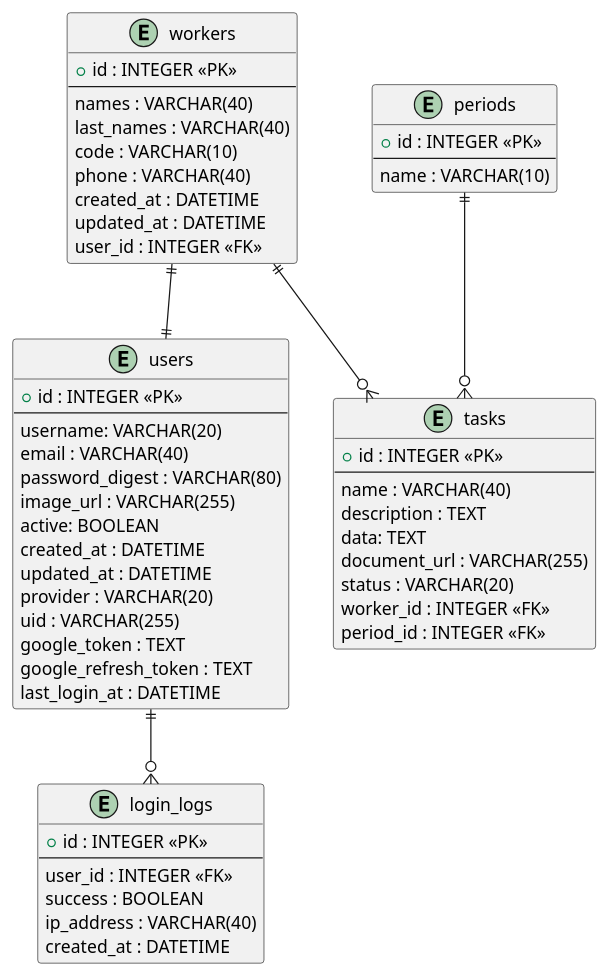
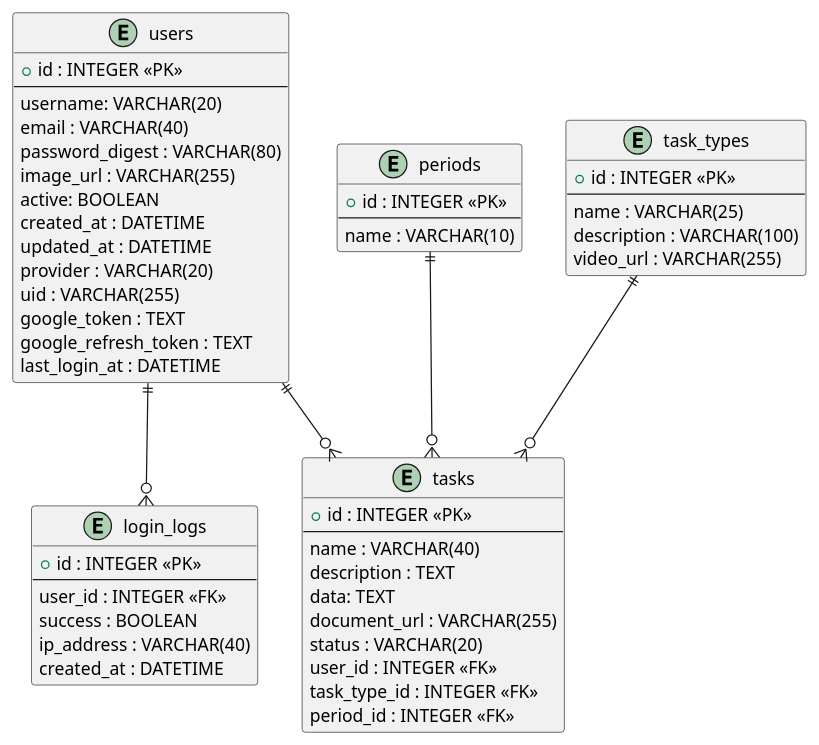
One commit to pepeul1191/abet-rails changed the diagram in docs/schema.puml. Above: the diagram before and after it, drawn with PlantUML. The commit also changed 12 other files, not shown here.

```diff
--- a/docs/schema.puml
+++ b/docs/schema.puml
@@ -1,63 +1,61 @@
 @startuml
 
 entity users {
   +id : INTEGER <<PK>>
   --
   username: VARCHAR(20)
   email : VARCHAR(40)
   password_digest : VARCHAR(80)
   image_url : VARCHAR(255)
   active: BOOLEAN
   created_at : DATETIME
   updated_at : DATETIME
   provider : VARCHAR(20)
   uid : VARCHAR(255)
   google_token : TEXT
   google_refresh_token : TEXT
   last_login_at : DATETIME
-}
-entity workers {
-  +id : INTEGER <<PK>>
-  --
-  names : VARCHAR(40)
-  last_names : VARCHAR(40)
-  code : VARCHAR(10)
-  phone : VARCHAR(40)
-  created_at : DATETIME
-  updated_at : DATETIME
-  user_id : INTEGER <<FK>>
 }
 
 entity login_logs {
   +id : INTEGER <<PK>>
   --
   user_id : INTEGER <<FK>>
   success : BOOLEAN
   ip_address : VARCHAR(40)
   created_at : DATETIME
 }
 
 entity tasks {
   +id : INTEGER <<PK>>
   --
   name : VARCHAR(40)
   description : TEXT
   data: TEXT
   document_url : VARCHAR(255)
   status : VARCHAR(20)
-  worker_id : INTEGER <<FK>>
+  user_id : INTEGER <<FK>>
+  task_type_id : INTEGER <<FK>>
   period_id : INTEGER <<FK>>
 }
 
 entity periods {
   +id : INTEGER <<PK>>
   --
   name : VARCHAR(10)
 }
 
+entity task_types {
+  +id : INTEGER <<PK>>
+  --
+  name : VARCHAR(25)
+  description : VARCHAR(100)
+  video_url : VARCHAR(255)
+}
+
 users ||--o{ login_logs
-workers ||--|| users
-workers ||--o{ tasks
+users ||--o{ tasks
 periods ||--o{ tasks
+task_types ||--o{ tasks
 
 @enduml
```
